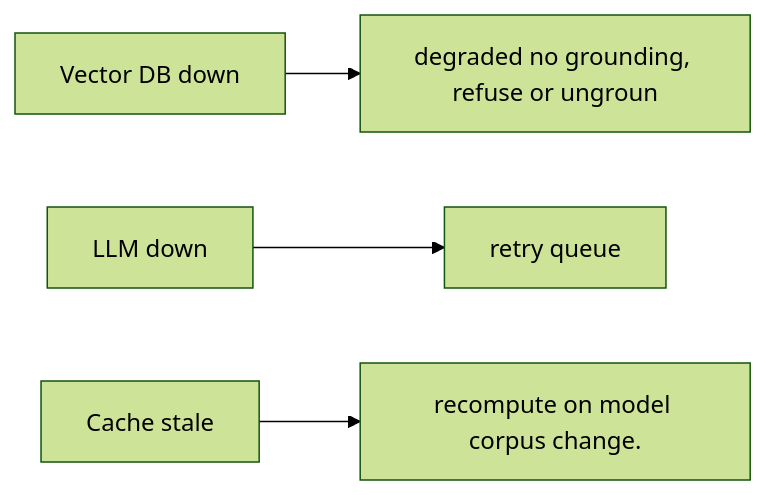
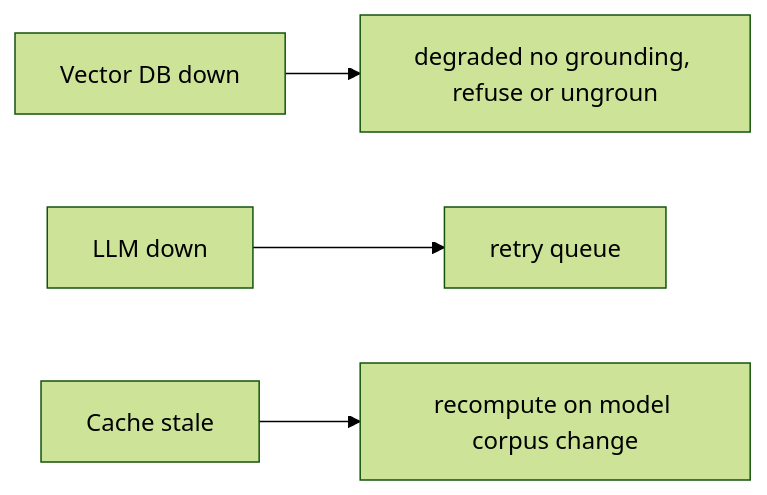
The third of 3 diagrams in case-studies/extreme/rag-platform.md (RIT-MESH/system-design-mastery), drawn with Mermaid (forest theme) before and after one commit. The commit also changed other lines of this file and 215 other files, not shown here.

First line of the commit message:
Complete all remaining work: expand case studies, add 13 AI case studies, fix diagrams, status to Complete

````diff
--- a/case-studies/extreme/rag-platform.md
+++ b/case-studies/extreme/rag-platform.md
@@ -35,13 +42,13 @@
 ```mermaid
 %% created-for: system-design-mastery
 flowchart LR
   C1["Vector DB down"]
   R2["degraded no grounding, refuse or ungroun"]
   C1 --> R2
   C3["LLM down"]
   R4["retry queue"]
   C3 --> R4
   C5["Cache stale"]
-  R6["recompute on model corpus change."]
+  R6["recompute on model corpus change"]
   C5 --> R6
 ```
````
